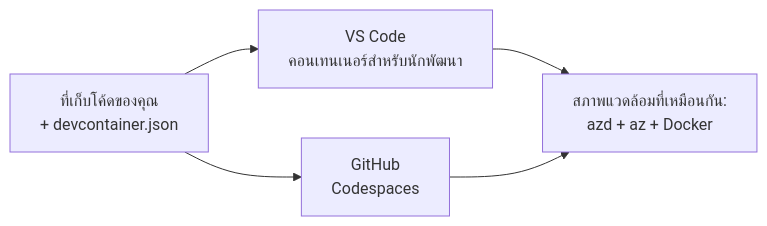
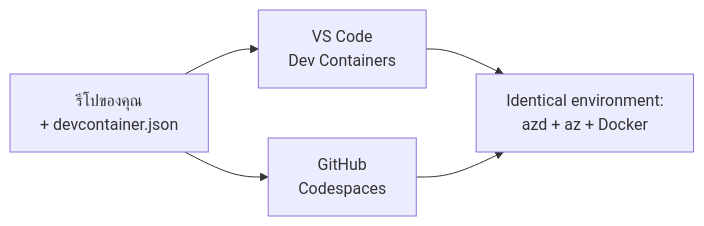
One commit to microsoft/AZD-for-beginners changed the diagram in translations/th/docs/chapter-01-foundation/dev-containers.md. Above: the diagram before and after it, drawn with Mermaid. The commit also changed other lines of this file and 59 other files, not shown here.

````diff
--- a/translations/th/docs/chapter-01-foundation/dev-containers.md
+++ b/translations/th/docs/chapter-01-foundation/dev-containers.md
@@ -41,7 +41,7 @@
 ```mermaid
 graph LR
-    Repo[ที่เก็บโค้ดของคุณ<br/>+ devcontainer.json] --> VSCode[VS Code<br/>คอนเทนเนอร์สำหรับนักพัฒนา]
+    Repo[รีโปของคุณ<br/>+ devcontainer.json] --> VSCode[VS Code<br/>Dev Containers]
     Repo --> Codespaces[GitHub<br/>Codespaces]
-    VSCode --> Env[สภาพแวดล้อมที่เหมือนกัน:<br/>azd + az + Docker]
+    VSCode --> Env[Identical environment:<br/>azd + az + Docker]
     Codespaces --> Env
 ```
````
